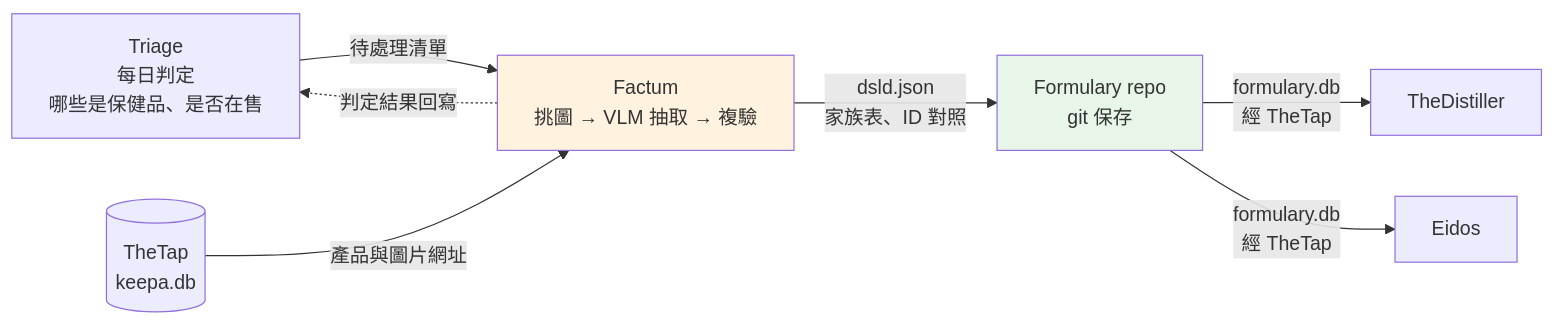
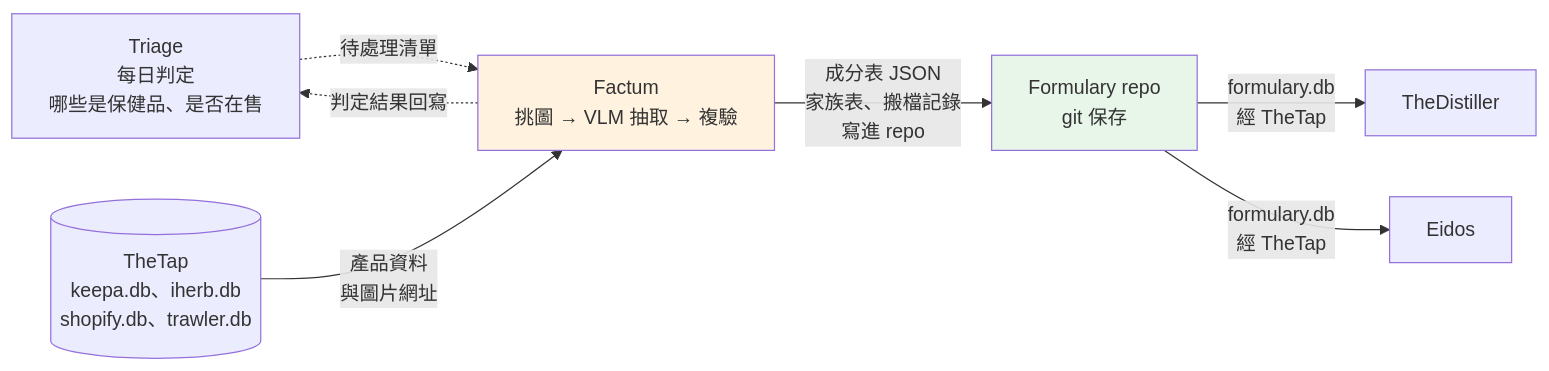
Before and after one commit to mapleelpam/LuminNexus-LearningMap: the first of 2 diagrams in projects/alchemymind/factum.md, drawn with Mermaid. The commit also changed other lines of this file and 18 other files, not shown here.

````diff
--- a/projects/alchemymind/factum.md
+++ b/projects/alchemymind/factum.md
@@ -76,12 +78,12 @@
 ```mermaid
 graph LR
-    TR[Triage<br/>每日判定<br/>哪些是保健品、是否在售] -->|待處理清單| FA[Factum<br/>挑圖 → VLM 抽取 → 複驗]
-    TAP[(TheTap<br/>keepa.db)] -->|產品與圖片網址| FA
-    FA -->|dsld.json<br/>家族表、ID 對照| FO[Formulary repo<br/>git 保存]
+    TR[Triage<br/>每日判定<br/>哪些是保健品、是否在售] -.->|待處理清單| FA[Factum<br/>挑圖 → VLM 抽取 → 複驗]
+    TAP[(TheTap<br/>keepa.db、iherb.db<br/>shopify.db、trawler.db)] -->|產品資料<br/>與圖片網址| FA
+    FA -->|成分表 JSON<br/>家族表、搬檔記錄<br/>寫進 repo| FO[Formulary repo<br/>git 保存]
     FO -->|formulary.db<br/>經 TheTap| DI[TheDistiller]
     FO -->|formulary.db<br/>經 TheTap| EI[Eidos]
     FA -.->|判定結果回寫| TR
 
     style FA fill:#fff3e0
     style FO fill:#e8f5e9
 ```
````
